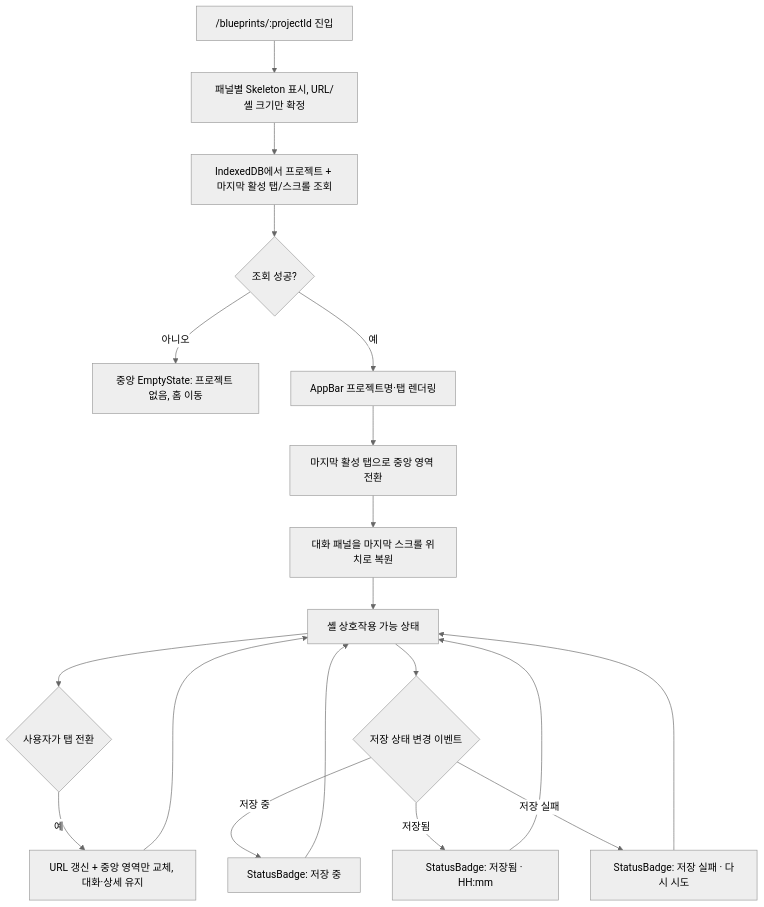
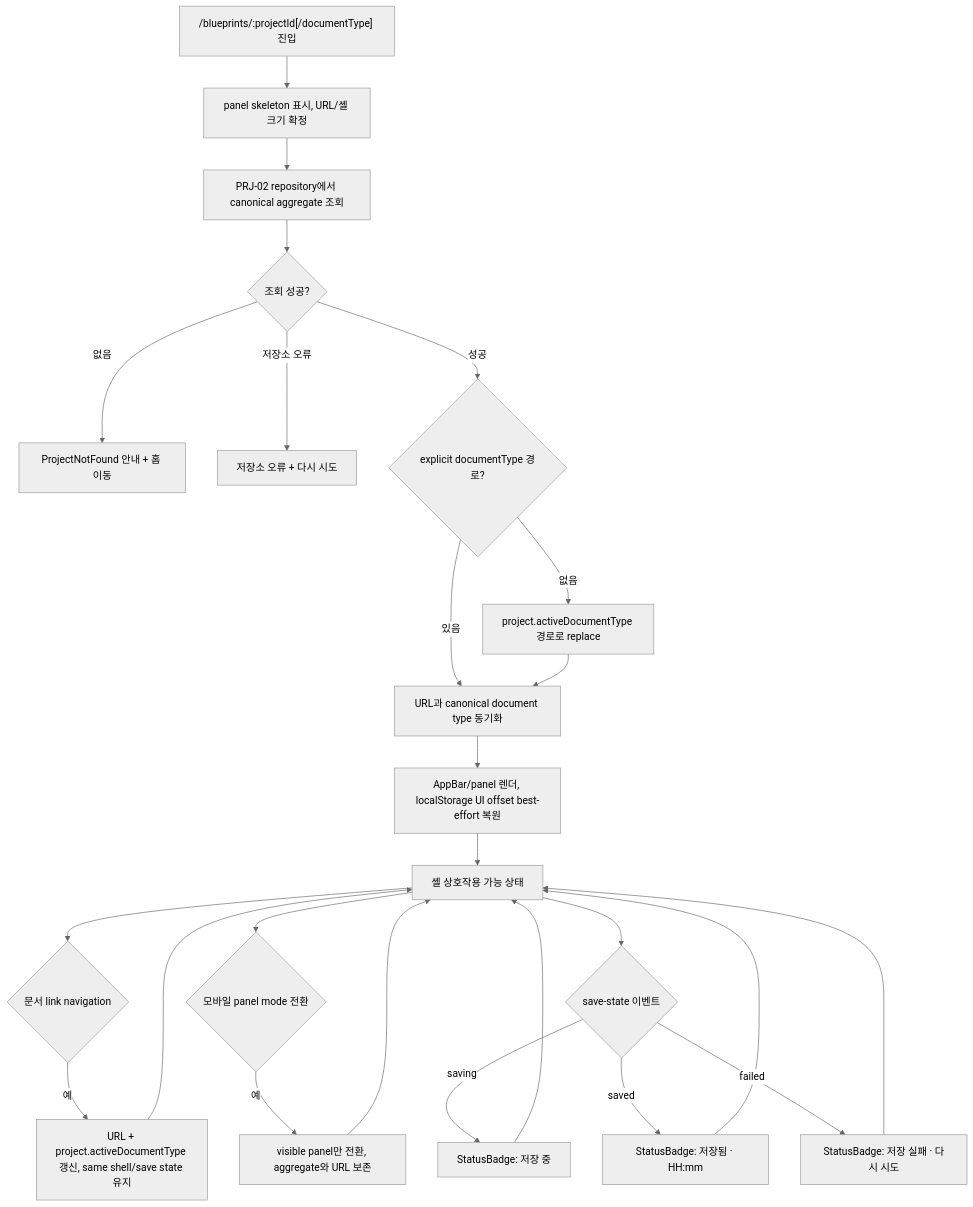
The first of 2 diagrams in docs/tasks/PRJ-PR-03/plan.md (donghyunlee-dev/ai-agent-blueprint), drawn with Mermaid (neutral theme) before and after one commit. The commit also changed other lines of this file and 12 other files, not shown here.

First line of the commit message:
Build responsive project workspace shell (#12)

````diff
--- a/docs/tasks/PRJ-PR-03/plan.md
+++ b/docs/tasks/PRJ-PR-03/plan.md
@@ -53,23 +66,29 @@
 ```mermaid
 flowchart TD
-    A["/blueprints/:projectId 진입"] --> B["패널별 Skeleton 표시, URL/셸 크기만 확정"]
-    B --> C["IndexedDB에서 프로젝트 + 마지막 활성 탭/스크롤 조회"]
+    A["/blueprints/:projectId[/documentType] 진입"] --> B["panel skeleton 표시, URL/셸 크기 확정"]
+    B --> C["PRJ-02 repository에서 canonical aggregate 조회"]
     C --> D{"조회 성공?"}
-    D -- 아니오 --> E["중앙 EmptyState: 프로젝트 없음, 홈 이동"]
-    D -- 예 --> F["AppBar 프로젝트명·탭 렌더링"]
-    F --> G["마지막 활성 탭으로 중앙 영역 전환"]
-    G --> H["대화 패널을 마지막 스크롤 위치로 복원"]
-    H --> I["셸 상호작용 가능 상태"]
+    D -- 없음 --> E["ProjectNotFound 안내 + 홈 이동"]
+    D -- 저장소 오류 --> F["저장소 오류 + 다시 시도"]
+    D -- 성공 --> G{"explicit documentType 경로?"}
+    G -- 없음 --> H["project.activeDocumentType 경로로 replace"]
+    G -- 있음 --> I["URL과 canonical document type 동기화"]
+    H --> I
+    I --> J["AppBar/panel 렌더, localStorage UI offset best-effort 복원"]
+    J --> K["셸 상호작용 가능 상태"]
 
-    I --> J{"사용자가 탭 전환"}
-    J -- 예 --> K["URL 갱신 + 중앙 영역만 교체, 대화·상세 유지"]
-    K --> I
+    K --> L{"문서 link navigation"}
+    L -- 예 --> M["URL + project.activeDocumentType 갱신, same shell/save state 유지"]
+    M --> K
+    K --> N{"모바일 panel mode 전환"}
+    N -- 예 --> O["visible panel만 전환, aggregate와 URL 보존"]
+    O --> K
 
-    I --> L{"저장 상태 변경 이벤트"}
-    L -- "저장 중" --> M["StatusBadge: 저장 중"]
-    L -- "저장됨" --> N["StatusBadge: 저장됨 · HH:mm"]
-    L -- "저장 실패" --> O["StatusBadge: 저장 실패 · 다시 시도"]
-    M --> I
-    N --> I
-    O --> I
+    K --> P{"save-state 이벤트"}
+    P -- "saving" --> Q["StatusBadge: 저장 중"]
+    P -- "saved" --> R["StatusBadge: 저장됨 · HH:mm"]
+    P -- "failed" --> S["StatusBadge: 저장 실패 · 다시 시도"]
+    Q --> K
+    R --> K
+    S --> K
 ```
````
